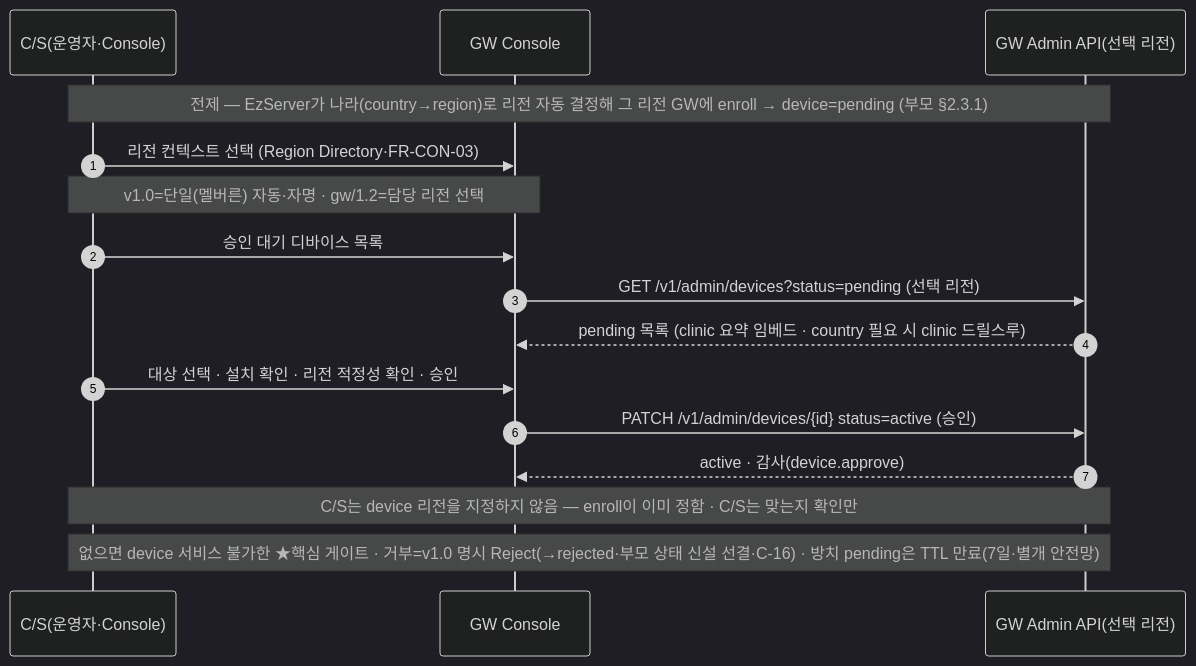
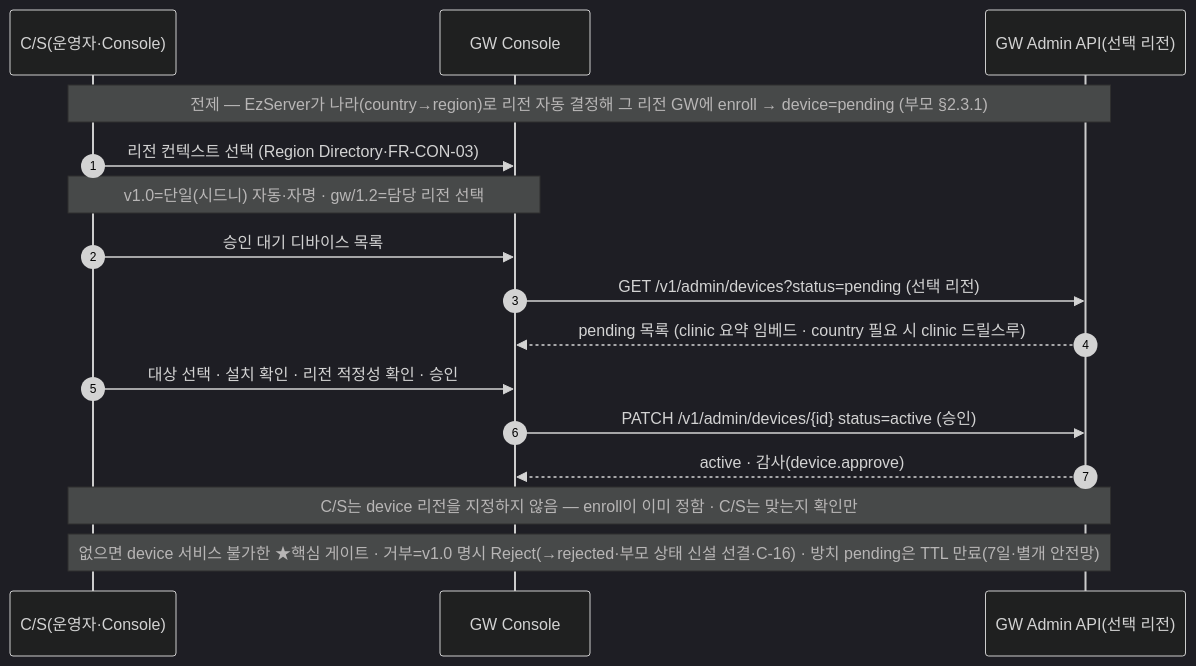
One commit to gracegyu/scp-architecture changed the seventh of 10 diagrams in docs/VT_API_Gateway/08.VT_API_Gateway/specs/03c-subsrs-gw-console/SRS.md. Above: the diagram before and after it, drawn with Mermaid (dark theme). The commit also changed other lines of this file, not shown here.

````diff
--- a/docs/VT_API_Gateway/08.VT_API_Gateway/specs/03c-subsrs-gw-console/SRS.md
+++ b/docs/VT_API_Gateway/08.VT_API_Gateway/specs/03c-subsrs-gw-console/SRS.md
@@ -281,18 +281,18 @@
 ```mermaid
 sequenceDiagram
     autonumber
     participant CS as C/S(운영자·Console)
     participant C as GW Console
     participant GW as GW Admin API(선택 리전)
     Note over CS,GW: 전제 — EzServer가 나라(country→region)로 리전 자동 결정해 그 리전 GW에 enroll → device=pending (부모 §2.3.1)
     CS->>C: 리전 컨텍스트 선택 (Region Directory·FR-CON-03)
-    Note over CS,C: v1.0=단일(멜버른) 자동·자명 · gw/1.2=담당 리전 선택
+    Note over CS,C: v1.0=단일(시드니) 자동·자명 · gw/1.2=담당 리전 선택
     CS->>C: 승인 대기 디바이스 목록
     C->>GW: GET /v1/admin/devices?status=pending (선택 리전)
     GW-->>C: pending 목록 (clinic 요약 임베드 · country 필요 시 clinic 드릴스루)
     CS->>C: 대상 선택 · 설치 확인 · 리전 적정성 확인 · 승인
     C->>GW: PATCH /v1/admin/devices/{id} status=active (승인)
     GW-->>C: active · 감사(device.approve)
     Note over CS,GW: C/S는 device 리전을 지정하지 않음 — enroll이 이미 정함 · C/S는 맞는지 확인만
     Note over CS,GW: 없으면 device 서비스 불가한 ★핵심 게이트 · 거부=v1.0 명시 Reject(→rejected·부모 상태 신설 선결·C-16) · 방치 pending은 TTL 만료(7일·별개 안전망)
 ```
````
